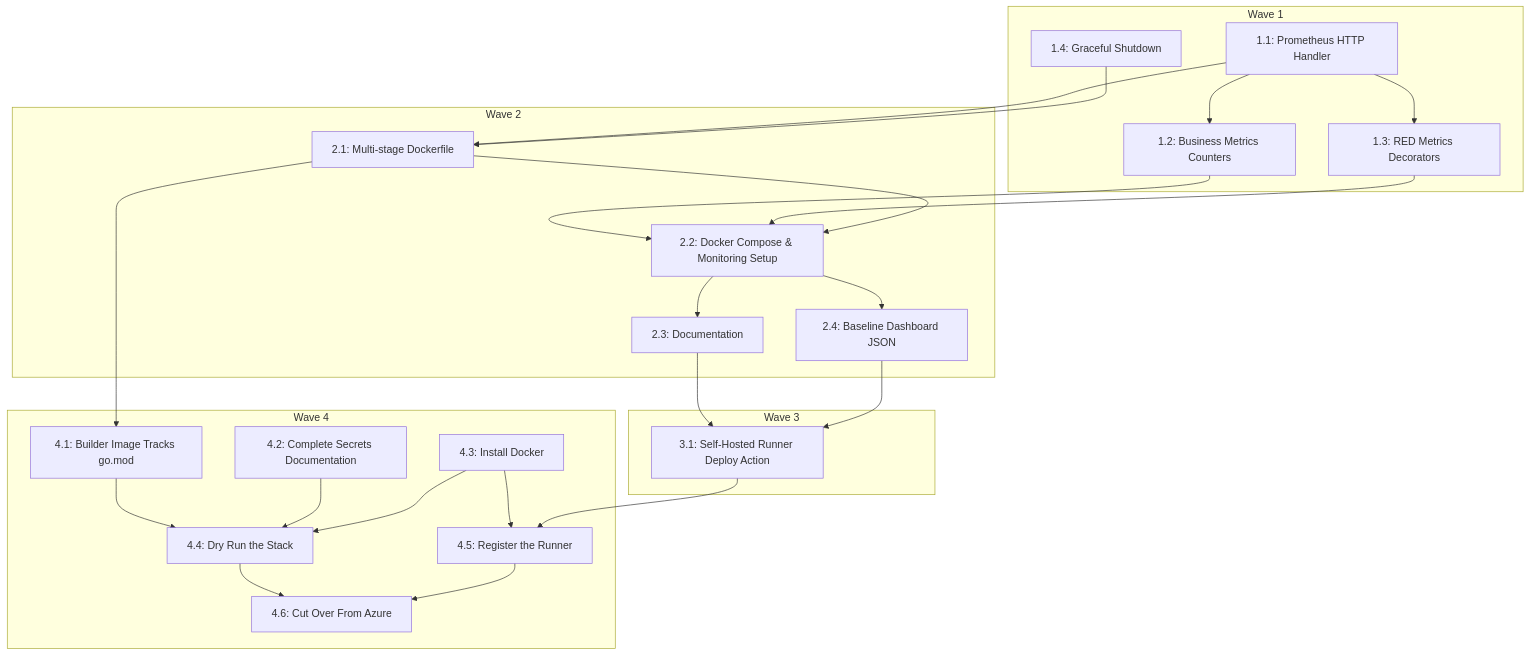
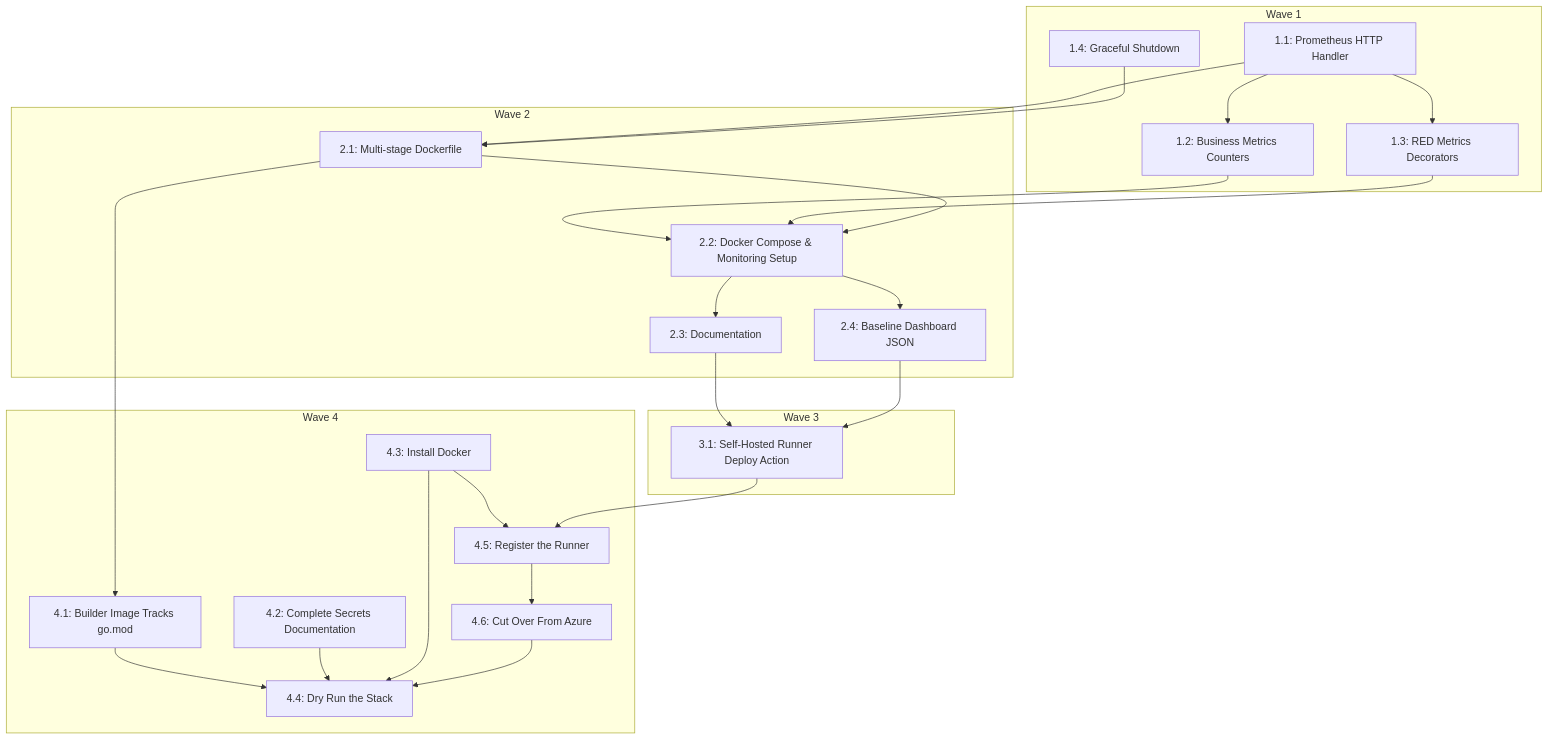
The diagram in docs/plans/2026-07-22-vps-migration.md (christiansoetanto/tbd-bot), drawn with Mermaid before and after one commit. The commit also changed other lines of this file and 3 other files, not shown here.

````diff
--- a/docs/plans/2026-07-22-vps-migration.md
+++ b/docs/plans/2026-07-22-vps-migration.md
@@ -41,45 +41,45 @@
 ```mermaid
 flowchart TD
   subgraph Wave 1
     1.1["1.1: Prometheus HTTP Handler"]
     1.2["1.2: Business Metrics Counters"]
     1.3["1.3: RED Metrics Decorators"]
     1.4["1.4: Graceful Shutdown"]
   end
   subgraph Wave 2
     2.1["2.1: Multi-stage Dockerfile"]
     2.2["2.2: Docker Compose & Monitoring Setup"]
     2.3["2.3: Documentation"]
     2.4["2.4: Baseline Dashboard JSON"]
   end
   subgraph Wave 3
     3.1["3.1: Self-Hosted Runner Deploy Action"]
   end
   subgraph Wave 4
     4.1["4.1: Builder Image Tracks go.mod"]
     4.2["4.2: Complete Secrets Documentation"]
     4.3["4.3: Install Docker"]
     4.4["4.4: Dry Run the Stack"]
     4.5["4.5: Register the Runner"]
     4.6["4.6: Cut Over From Azure"]
   end
   1.1 --> 1.2
   1.1 --> 1.3
   1.1 --> 2.1
   1.2 --> 2.2
   1.3 --> 2.2
   1.4 --> 2.1
   2.1 --> 2.2
   2.2 --> 2.3
   2.2 --> 2.4
   2.3 --> 3.1
   2.4 --> 3.1
   2.1 --> 4.1
   4.1 --> 4.4
   4.2 --> 4.4
   4.3 --> 4.4
   4.3 --> 4.5
   3.1 --> 4.5
-  4.4 --> 4.6
   4.5 --> 4.6
+  4.6 --> 4.4
 ```
````
